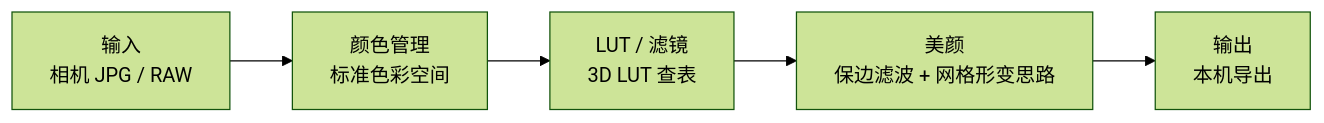
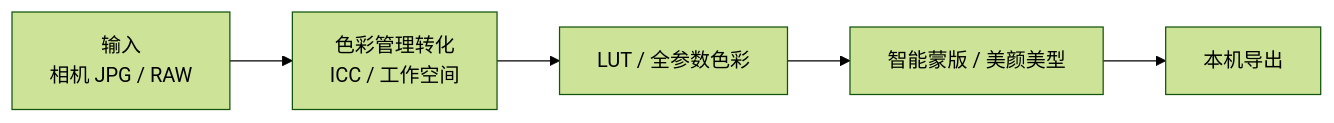
Before and after one commit to 18818474455/liangzai: the diagram in README.md, drawn with Mermaid (forest theme). The commit also changed other lines of this file and 5 other files, not shown here.

````diff
--- a/README.md
+++ b/README.md
@@ -28,7 +101,7 @@
 ```mermaid
 flowchart LR
-  A[输入<br/>相机 JPG / RAW] --> B[颜色管理<br/>标准色彩空间]
-  B --> C[LUT / 滤镜<br/>3D LUT 查表]
-  C --> D[美颜<br/>保边滤波 + 网格形变思路]
-  D --> E[输出<br/>本机导出]
+  A[输入<br/>相机 JPG / RAW] --> B[色彩管理转化<br/>ICC / 工作空间]
+  B --> C[LUT / 全参数色彩]
+  C --> D[智能蒙版 / 美颜美型]
+  D --> E[本机导出]
 ```
````
